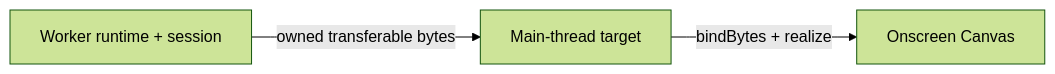
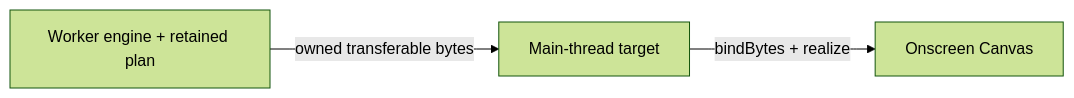
Before and after one commit to pmndrs/glyph: the ninth of 9 diagrams in docs/planning/font-runtime-ownership.md, drawn with Mermaid (forest theme). The commit also changed other lines of this file and 82 other files, not shown here.

````diff
--- a/docs/planning/font-runtime-ownership.md
+++ b/docs/planning/font-runtime-ownership.md
@@ -1133,5 +1122,5 @@
 ```mermaid
 flowchart LR
-  WR[Worker runtime + session] -->|owned transferable bytes| MT[Main-thread target]
+  WR[Worker engine + retained plan] -->|owned transferable bytes| MT[Main-thread target]
   MT -->|bindBytes + realize| C[Onscreen Canvas]
 ```
````
